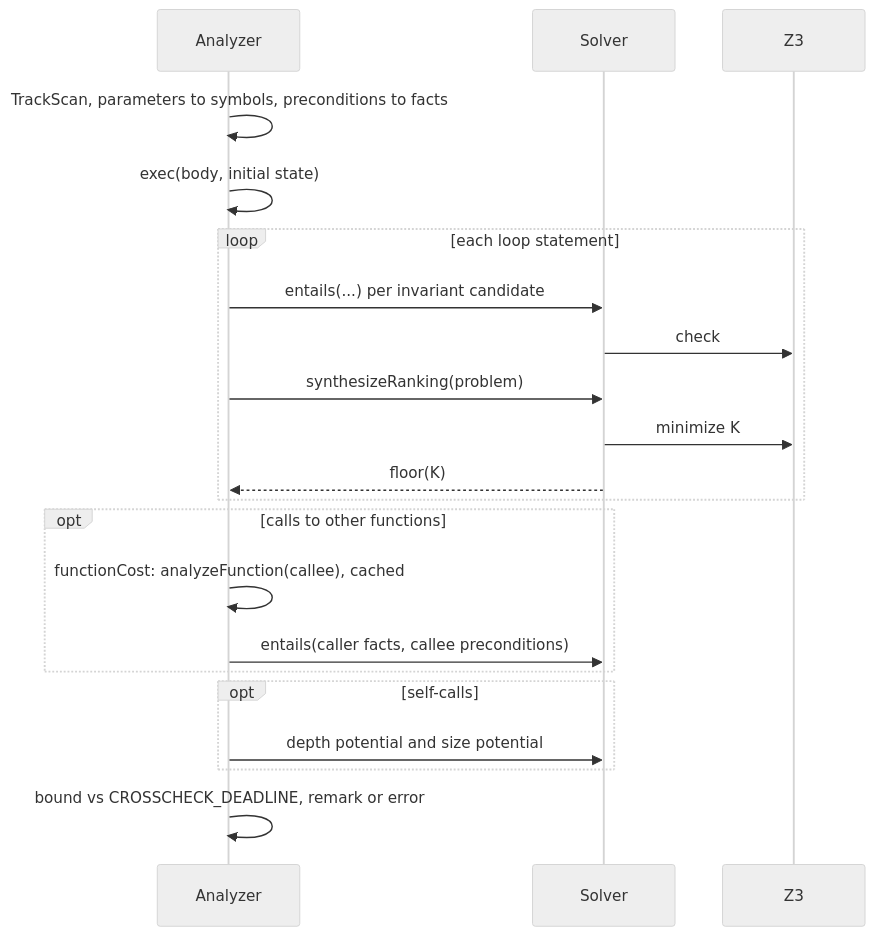
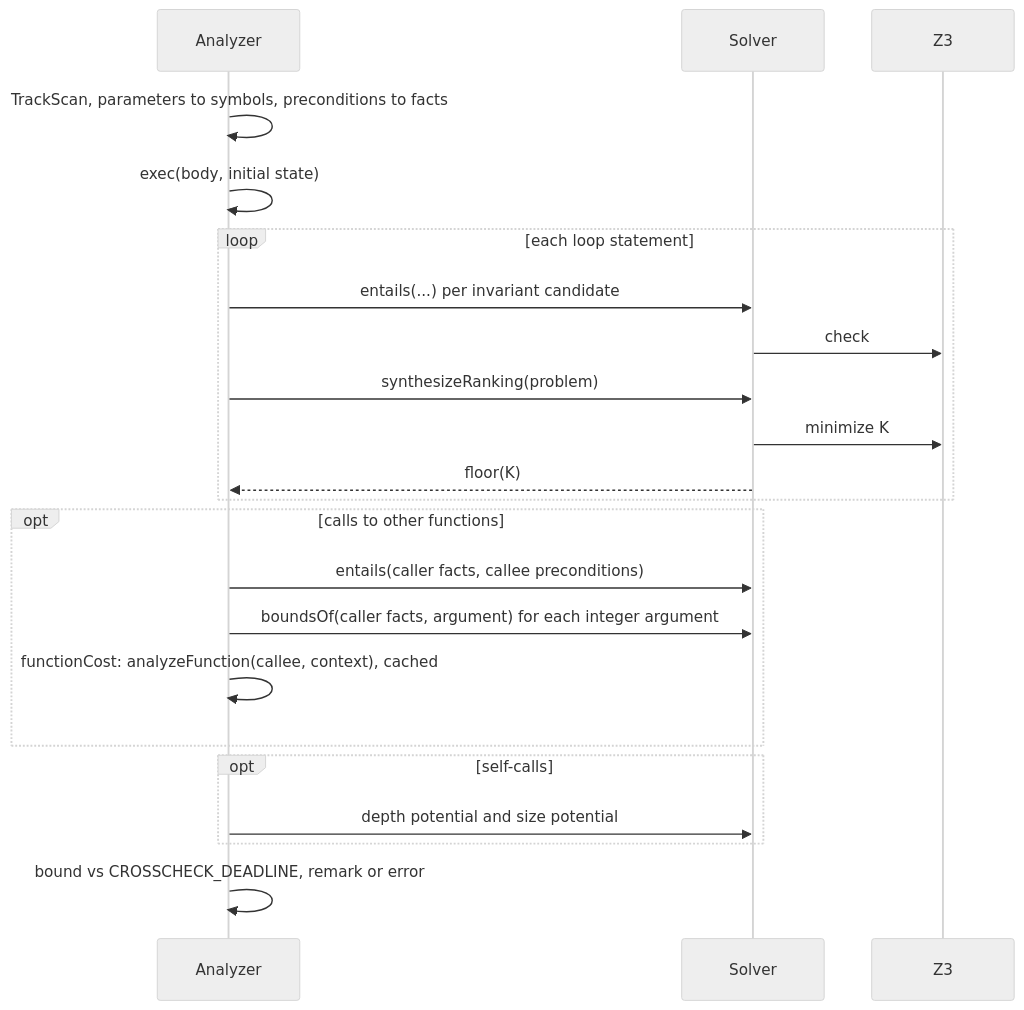
Before and after one commit to ldallolio/crosscheck: the seventh of 10 diagrams in docs/guide/04-plugin.md, drawn with Mermaid (neutral theme). The commit also changed other lines of this file and 1260 other files, not shown here.

````diff
--- a/docs/guide/04-plugin.md
+++ b/docs/guide/04-plugin.md
@@ -379,23 +393,24 @@
 ```mermaid
 sequenceDiagram
   participant An as Analyzer
   participant Sol as Solver
   participant Z3
   An->>An: TrackScan, parameters to symbols, preconditions to facts
   An->>An: exec(body, initial state)
   loop each loop statement
     An->>Sol: entails(...) per invariant candidate
     Sol->>Z3: check
     An->>Sol: synthesizeRanking(problem)
     Sol->>Z3: minimize K
     Sol-->>An: floor(K)
   end
   opt calls to other functions
-    An->>An: functionCost: analyzeFunction(callee), cached
     An->>Sol: entails(caller facts, callee preconditions)
+    An->>Sol: boundsOf(caller facts, argument) for each integer argument
+    An->>An: functionCost: analyzeFunction(callee, context), cached
   end
   opt self-calls
     An->>Sol: depth potential and size potential
   end
   An->>An: bound vs CROSSCHECK_DEADLINE, remark or error
 ```
````
